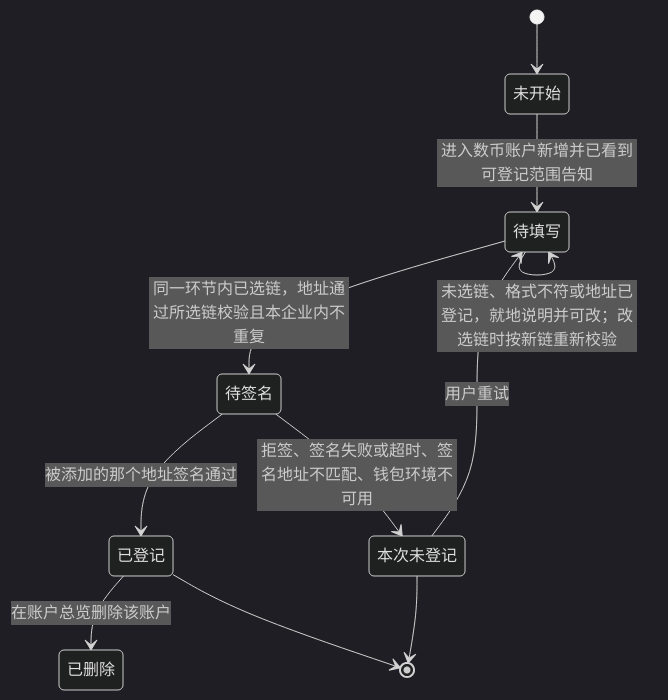
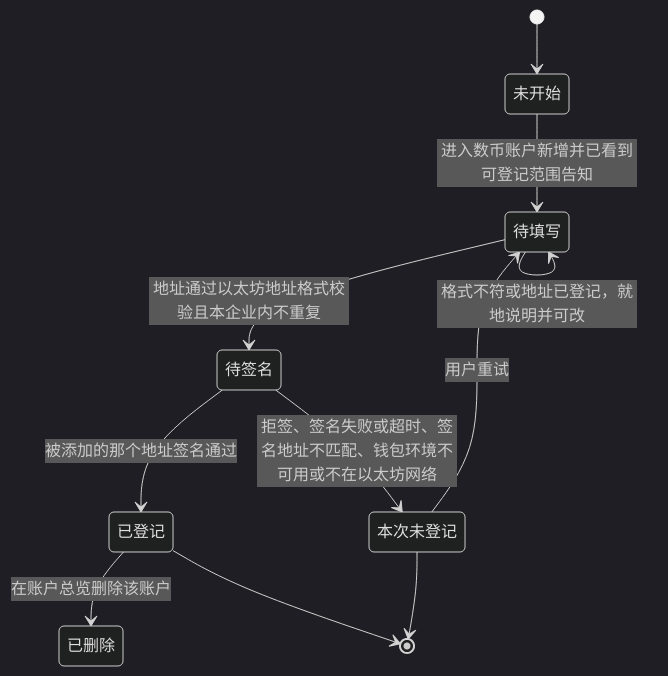
Before and after one commit to wxblockchain/Chain-Financing: the sixth of 7 diagrams in lending-platform/PRD/面客端/03-企业账户/02-企业账户-流程图与状态机.md, drawn with Mermaid (dark theme). The commit also changed other lines of this file and 4 other files, not shown here.

````diff
--- a/lending-platform/PRD/面客端/03-企业账户/02-企业账户-流程图与状态机.md
+++ b/lending-platform/PRD/面客端/03-企业账户/02-企业账户-流程图与状态机.md
@@ -149,13 +149,13 @@
 ```mermaid
 stateDiagram-v2
     [*] --> 未开始
     未开始 --> 待填写: 进入数币账户新增并已看到可登记范围告知
-    待填写 --> 待签名: 同一环节内已选链，地址通过所选链校验且本企业内不重复
-    待填写 --> 待填写: 未选链、格式不符或地址已登记，就地说明并可改；改选链时按新链重新校验
+    待填写 --> 待签名: 地址通过以太坊地址格式校验且本企业内不重复
+    待填写 --> 待填写: 格式不符或地址已登记，就地说明并可改
     待签名 --> 已登记: 被添加的那个地址签名通过
-    待签名 --> 本次未登记: 拒签、签名失败或超时、签名地址不匹配、钱包环境不可用
+    待签名 --> 本次未登记: 拒签、签名失败或超时、签名地址不匹配、钱包环境不可用或不在以太坊网络
     本次未登记 --> 待填写: 用户重试
     已登记 --> 已删除: 在账户总览删除该账户
     已登记 --> [*]
     本次未登记 --> [*]
 ```
````
